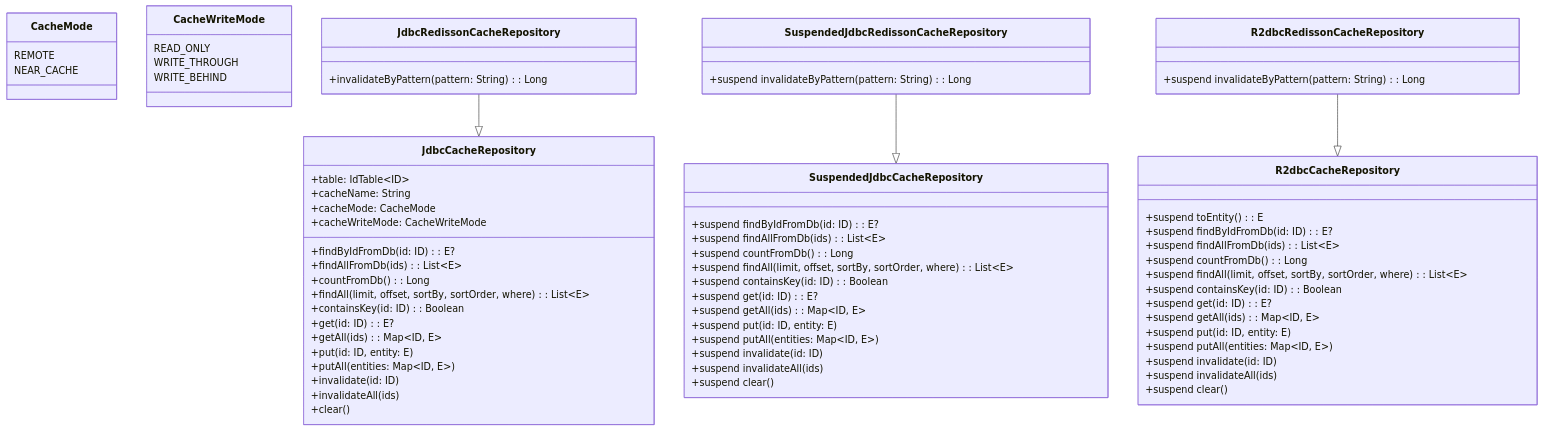
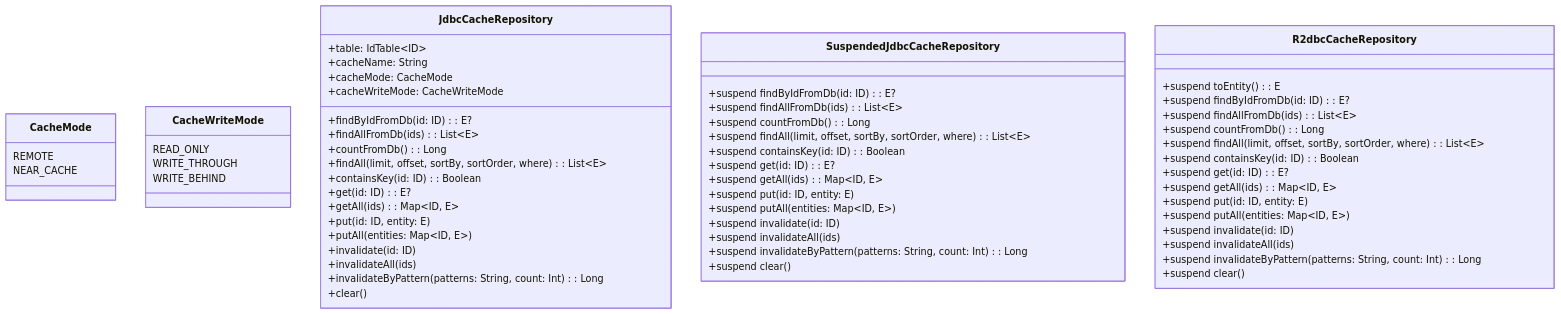
Before and after one commit to bluetape4k/bluetape4k-projects: the diagram in data/exposed-redis-api/README.ko.md, drawn with Mermaid. The commit also changed other lines of this file and 34 other files, not shown here.

````diff
--- a/data/exposed-redis-api/README.ko.md
+++ b/data/exposed-redis-api/README.ko.md
@@ -20,79 +20,66 @@
 ```mermaid
 classDiagram
     class CacheMode {
         REMOTE
         NEAR_CACHE
     }
     
     class CacheWriteMode {
         READ_ONLY
         WRITE_THROUGH
         WRITE_BEHIND
     }
     
     class JdbcCacheRepository {
         +table: IdTable~ID~
         +cacheName: String
         +cacheMode: CacheMode
         +cacheWriteMode: CacheWriteMode
         +findByIdFromDb(id: ID): E?
         +findAllFromDb(ids): List~E~
         +countFromDb(): Long
         +findAll(limit, offset, sortBy, sortOrder, where): List~E~
         +containsKey(id: ID): Boolean
         +get(id: ID): E?
         +getAll(ids): Map~ID, E~
         +put(id: ID, entity: E)
         +putAll(entities: Map~ID, E~)
         +invalidate(id: ID)
         +invalidateAll(ids)
+        +invalidateByPattern(patterns: String, count: Int): Long
         +clear()
     }
     
     class SuspendedJdbcCacheRepository {
         +suspend findByIdFromDb(id: ID): E?
         +suspend findAllFromDb(ids): List~E~
         +suspend countFromDb(): Long
         +suspend findAll(limit, offset, sortBy, sortOrder, where): List~E~
         +suspend containsKey(id: ID): Boolean
         +suspend get(id: ID): E?
         +suspend getAll(ids): Map~ID, E~
         +suspend put(id: ID, entity: E)
         +suspend putAll(entities: Map~ID, E~)
         +suspend invalidate(id: ID)
         +suspend invalidateAll(ids)
+        +suspend invalidateByPattern(patterns: String, count: Int): Long
         +suspend clear()
     }
     
     class R2dbcCacheRepository {
         +suspend toEntity(): E
         +suspend findByIdFromDb(id: ID): E?
         +suspend findAllFromDb(ids): List~E~
         +suspend countFromDb(): Long
         +suspend findAll(limit, offset, sortBy, sortOrder, where): List~E~
         +suspend containsKey(id: ID): Boolean
         +suspend get(id: ID): E?
         +suspend getAll(ids): Map~ID, E~
         +suspend put(id: ID, entity: E)
         +suspend putAll(entities: Map~ID, E~)
         +suspend invalidate(id: ID)
         +suspend invalidateAll(ids)
+        +suspend invalidateByPattern(patterns: String, count: Int): Long
         +suspend clear()
     }
-    
-    class JdbcRedissonCacheRepository {
-        +invalidateByPattern(pattern: String): Long
-    }
-    
-    class SuspendedJdbcRedissonCacheRepository {
-        +suspend invalidateByPattern(pattern: String): Long
-    }
-    
-    class R2dbcRedissonCacheRepository {
-        +suspend invalidateByPattern(pattern: String): Long
-    }
-    
-    JdbcRedissonCacheRepository --|> JdbcCacheRepository
-    SuspendedJdbcRedissonCacheRepository --|> SuspendedJdbcCacheRepository
-    R2dbcRedissonCacheRepository --|> R2dbcCacheRepository
 ```
````
